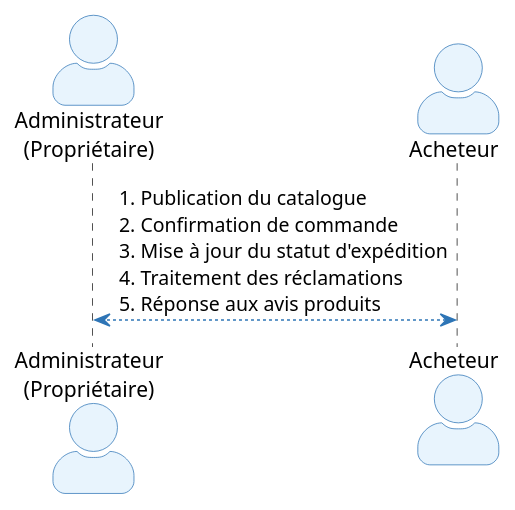
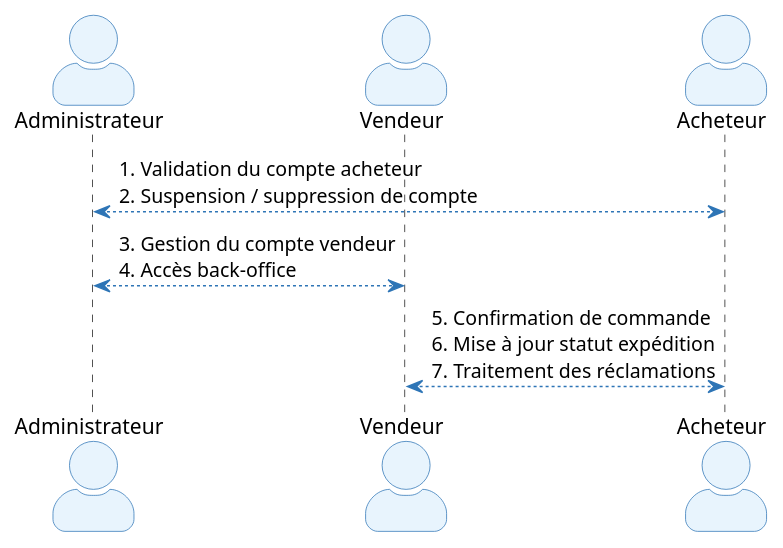
The fourth of 4 diagrams in architecture.adoc (louistalvande/online_shop), drawn with PlantUML before and after one commit. The commit also changed other lines of this file, not shown here.

Commit message:
Refactor roles and responsibilities in architecture.adoc

```diff
--- a/architecture.adoc
+++ b/architecture.adoc
@@ -208,14 +226,17 @@
 [plantuml, oa-communication, svg]
 ----
 skinparam actorStyle awesome
 skinparam actorBackgroundColor #E8F4FD
 skinparam actorBorderColor #2E75B6
 skinparam arrowColor #2E75B6
 skinparam noteBackgroundColor #FFFBE6
 skinparam noteBorderColor #F0A500
 
-actor "Administrateur\n(Propriétaire)" as Admin
+actor Administrateur as Admin
+actor Vendeur as Vendor
 actor Acheteur as Buyer
 
-Admin <--> Buyer : 1. Publication du catalogue\n2. Confirmation de commande\n3. Mise à jour du statut d'expédition\n4. Traitement des réclamations\n5. Réponse aux avis produits
+Admin <--> Buyer : 1. Validation du compte acheteur\n2. Suspension / suppression de compte
+Admin <--> Vendor : 3. Gestion du compte vendeur\n4. Accès back-office
+Vendor <--> Buyer : 5. Confirmation de commande\n6. Mise à jour statut expédition\n7. Traitement des réclamations
 ----
```
